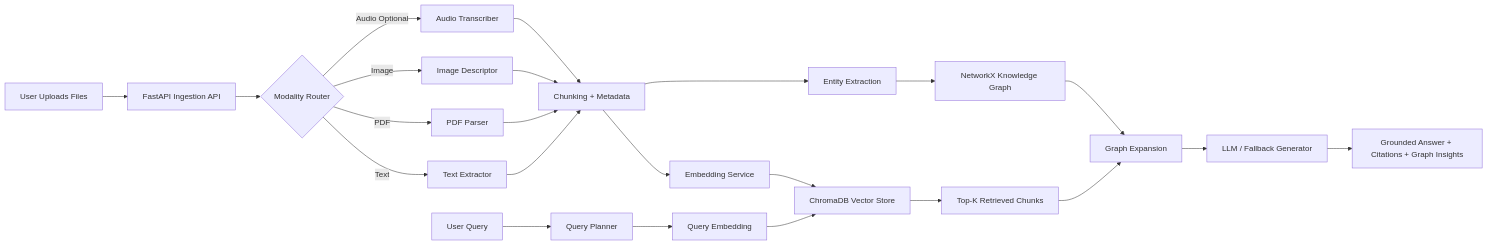
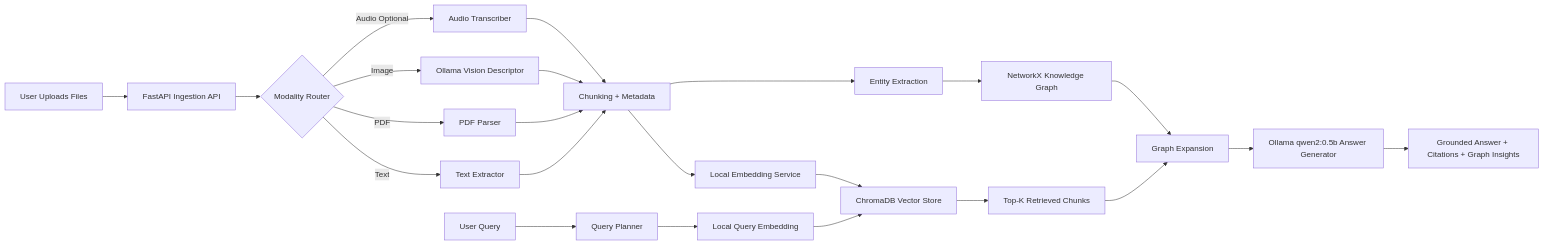
One commit to LogicalGagan/RAG_AGENT_ASSISNMENT changed the diagram in docs/architecture.mmd. Above: the diagram before and after it, drawn with Mermaid. The commit also changed 3 other files, not shown here.

```diff
--- a/docs/architecture.mmd
+++ b/docs/architecture.mmd
@@ -1,23 +1,23 @@
 flowchart LR
     A[User Uploads Files] --> B[FastAPI Ingestion API]
     B --> C{Modality Router}
     C -->|Text| D[Text Extractor]
     C -->|PDF| E[PDF Parser]
-    C -->|Image| F[Image Descriptor]
+    C -->|Image| F[Ollama Vision Descriptor]
     C -->|Audio Optional| G[Audio Transcriber]
     D --> H[Chunking + Metadata]
     E --> H
     F --> H
     G --> H
-    H --> I[Embedding Service]
+    H --> I[Local Embedding Service]
     I --> J[ChromaDB Vector Store]
     H --> K[Entity Extraction]
     K --> L[NetworkX Knowledge Graph]
     M[User Query] --> N[Query Planner]
-    N --> O[Query Embedding]
+    N --> O[Local Query Embedding]
     O --> J
     J --> P[Top-K Retrieved Chunks]
     P --> Q[Graph Expansion]
     L --> Q
-    Q --> R[LLM / Fallback Generator]
+    Q --> R[Ollama qwen2:0.5b Answer Generator]
     R --> S[Grounded Answer + Citations + Graph Insights]
```
